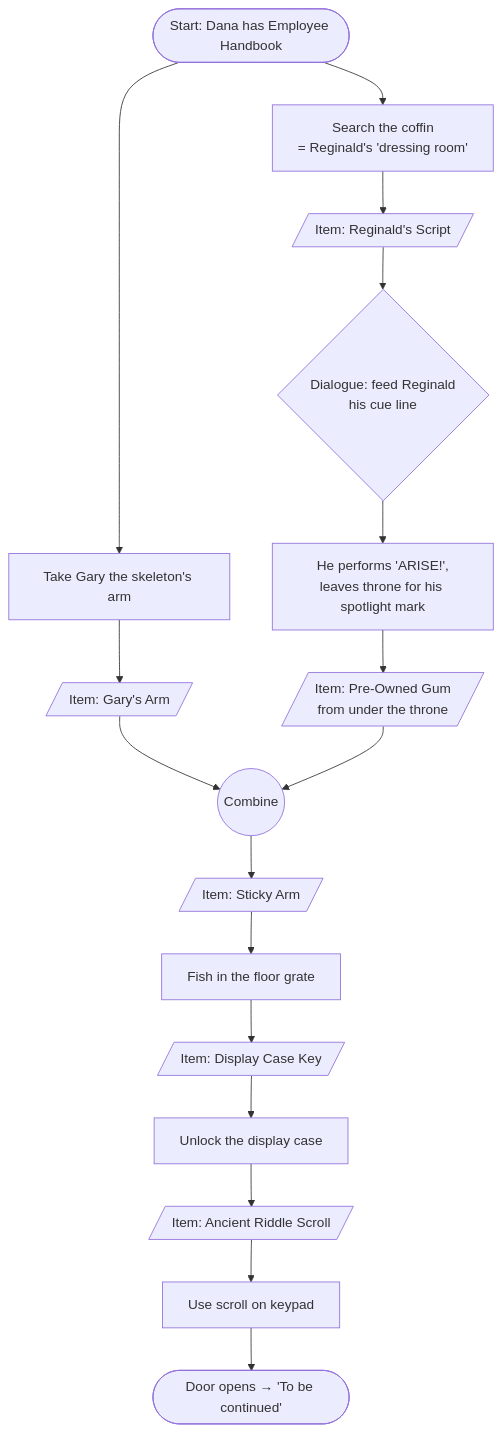
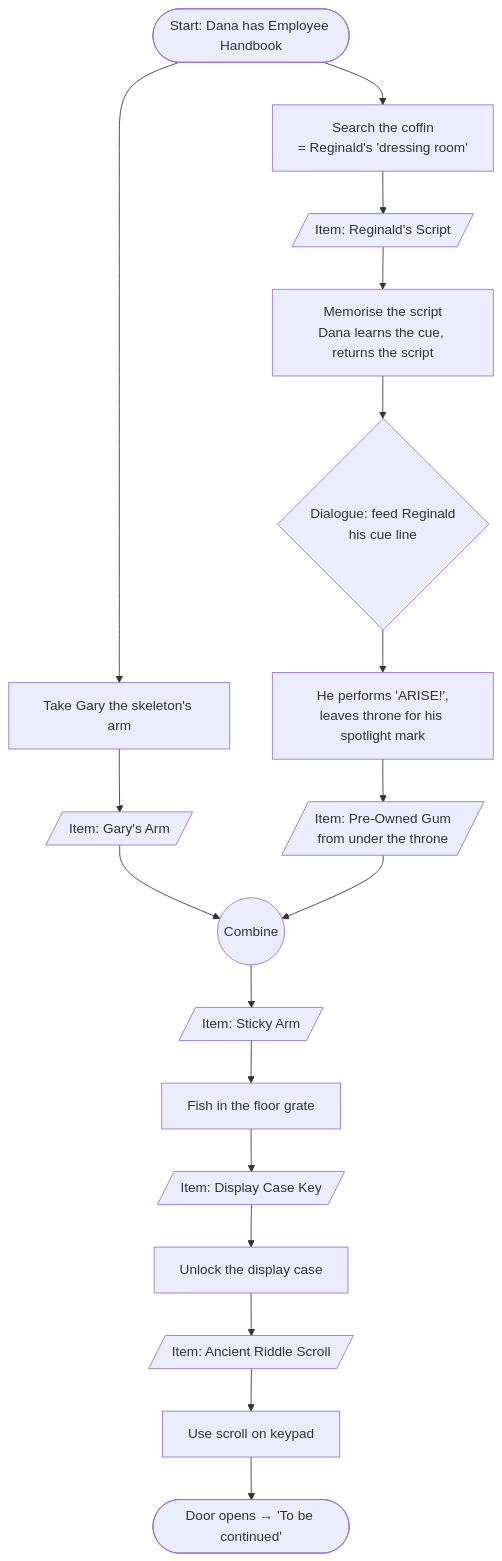
One commit to ratteler50/escape-from-the-escape-room changed the diagram in docs/design.md. Above: the diagram before and after it, drawn with Mermaid. The commit also changed other lines of this file and 13 other files, not shown here.

````diff
--- a/docs/design.md
+++ b/docs/design.md
@@ -88,19 +88,20 @@
 ```mermaid
 graph TD
   START([Start: Dana has Employee Handbook]) --> COFFIN[Search the coffin<br/>= Reginald's 'dressing room']
   COFFIN --> SCRIPT[/Item: Reginald's Script/]
-  SCRIPT --> CUE{Dialogue: feed Reginald<br/>his cue line}
+  SCRIPT --> MEMO[Memorise the script<br/>Dana learns the cue, returns the script]
+  MEMO --> CUE{Dialogue: feed Reginald<br/>his cue line}
   CUE --> ARISE[He performs 'ARISE!',<br/>leaves throne for his spotlight mark]
   ARISE --> GUM[/Item: Pre-Owned Gum<br/>from under the throne/]
   START --> GARY[Take Gary the skeleton's arm]
   GARY --> ARM[/Item: Gary's Arm/]
   ARM --> COMBINE((Combine))
   GUM --> COMBINE
   COMBINE --> STICKY[/Item: Sticky Arm/]
   STICKY --> GRATE[Fish in the floor grate]
   GRATE --> KEY[/Item: Display Case Key/]
   KEY --> CASE[Unlock the display case]
   CASE --> SCROLL[/Item: Ancient Riddle Scroll/]
   SCROLL --> KEYPAD[Use scroll on keypad]
   KEYPAD --> WIN([Door opens → 'To be continued'])
 ```
````
